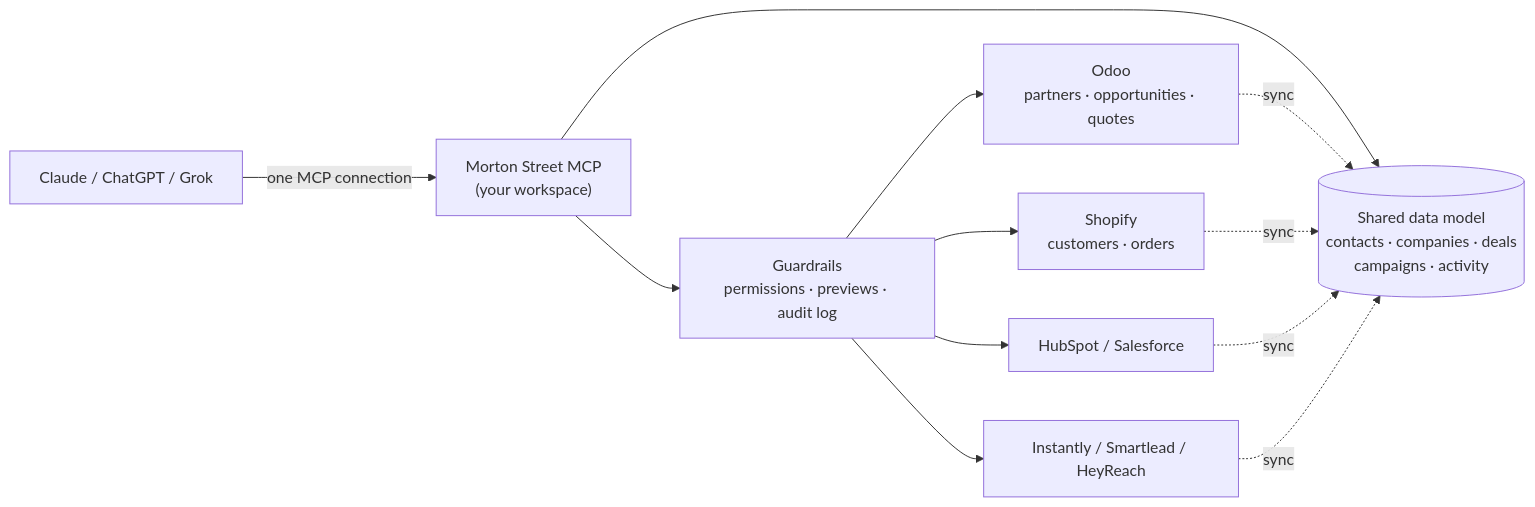
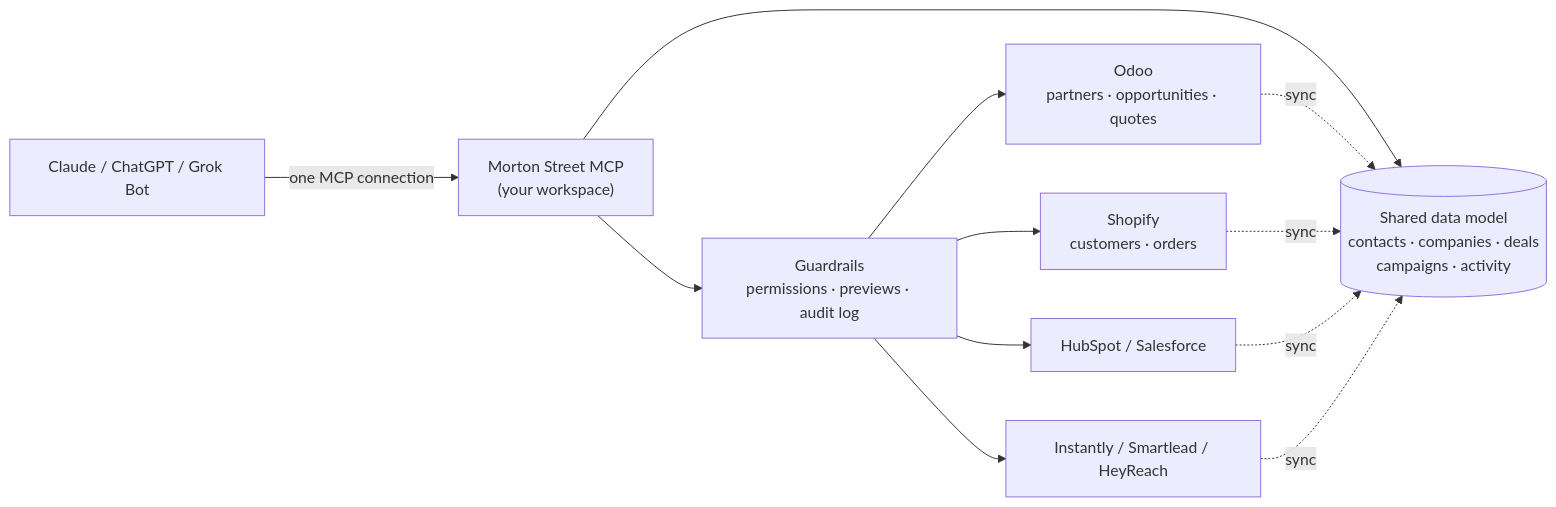
Before and after one commit to mortonstreetai/public-docs: the first of 2 diagrams in mcp/overview.mdx, drawn with Mermaid. The commit also changed 7 other files, not shown here.

````diff
--- a/mcp/overview.mdx
+++ b/mcp/overview.mdx
@@ -19,14 +19,14 @@
 ```mermaid
 flowchart LR
-  A["Claude / ChatGPT / Grok"] -- "one MCP connection" --> M["Morton Street MCP<br/>(your workspace)"]
+  A["Claude / ChatGPT / Grok Bot"] -- "one MCP connection" --> M["Morton Street MCP<br/>(your workspace)"]
   M --> S[("Shared data model<br/>contacts · companies · deals<br/>campaigns · activity")]
   M --> G["Guardrails<br/>permissions · previews · audit log"]
   G --> O["Odoo<br/>partners · opportunities · quotes"]
   G --> SH["Shopify<br/>customers · orders"]
   G --> C["HubSpot / Salesforce"]
   G --> Q["Instantly / Smartlead / HeyReach"]
   O -. sync .-> S
   SH -. sync .-> S
   C -. sync .-> S
   Q -. sync .-> S
 ```
````
